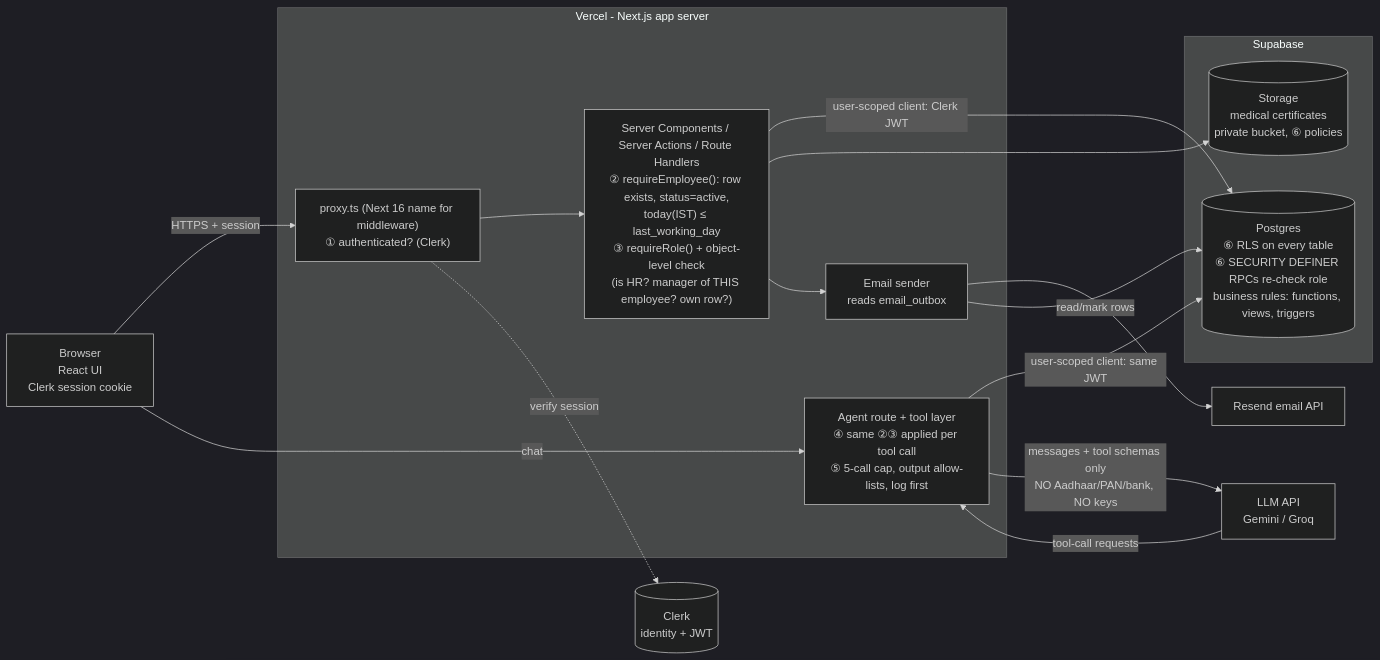
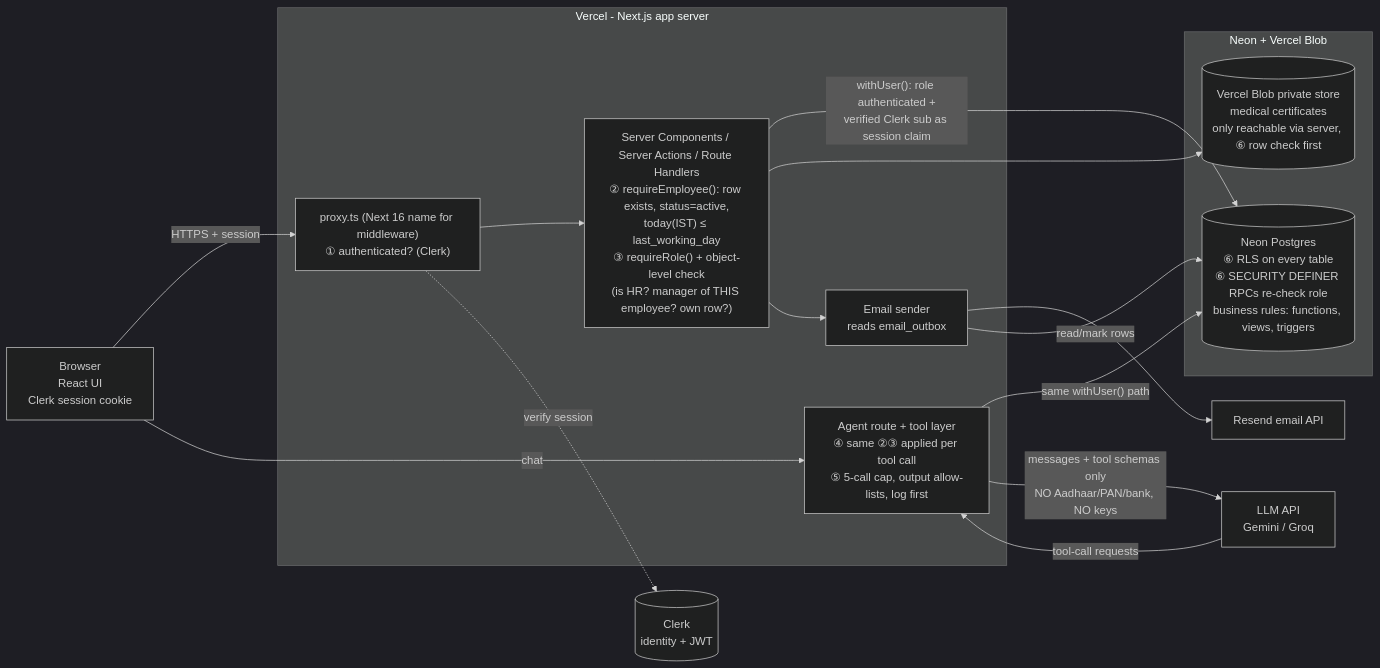
The first of 2 diagrams in ARCHITECTURE.md (Riizwan04/HRMS), drawn with Mermaid (dark theme) before and after one commit. The commit also changed other lines of this file and 3 other files, not shown here.

First line of the commit message:
docs: switch database to Neon Postgres and storage to Vercel Blob

````diff
--- a/ARCHITECTURE.md
+++ b/ARCHITECTURE.md
@@ -49,29 +50,29 @@
 ```mermaid
 flowchart LR
   B[Browser<br/>React UI<br/>Clerk session cookie]
   subgraph V[Vercel - Next.js app server]
     MW["proxy.ts (Next 16 name for middleware)<br/>① authenticated? (Clerk)"]
     SA["Server Components / Server Actions / Route Handlers<br/>② requireEmployee(): row exists, status=active,<br/>today(IST) ≤ last_working_day<br/>③ requireRole() + object-level check<br/>(is HR? manager of THIS employee? own row?)"]
     AG["Agent route + tool layer<br/>④ same ②③ applied per tool call<br/>⑤ 5-call cap, output allow-lists, log first"]
     EM[Email sender<br/>reads email_outbox]
   end
   C[(Clerk<br/>identity + JWT)]
-  subgraph S[Supabase]
-    PG[("Postgres<br/>⑥ RLS on every table<br/>⑥ SECURITY DEFINER RPCs re-check role<br/>business rules: functions, views, triggers")]
-    ST[(Storage<br/>medical certificates<br/>private bucket, ⑥ policies)]
+  subgraph S[Neon + Vercel Blob]
+    PG[("Neon Postgres<br/>⑥ RLS on every table<br/>⑥ SECURITY DEFINER RPCs re-check role<br/>business rules: functions, views, triggers")]
+    ST[(Vercel Blob private store<br/>medical certificates<br/>only reachable via server, ⑥ row check first)]
   end
   LLM[LLM API<br/>Gemini / Groq]
   R[Resend email API]
 
   B -- "HTTPS + session" --> MW --> SA
   B -- "chat" --> AG
   MW -. "verify session" .-> C
-  SA -- "user-scoped client: Clerk JWT" --> PG
-  AG -- "user-scoped client: same JWT" --> PG
+  SA -- "withUser(): role authenticated +<br/>verified Clerk sub as session claim" --> PG
+  AG -- "same withUser() path" --> PG
   SA --> ST
   AG -- "messages + tool schemas only<br/>NO Aadhaar/PAN/bank, NO keys" --> LLM
   LLM -- "tool-call requests" --> AG
   SA --> EM
   EM --> R
   EM -- "read/mark rows" --> PG
 ```
````
